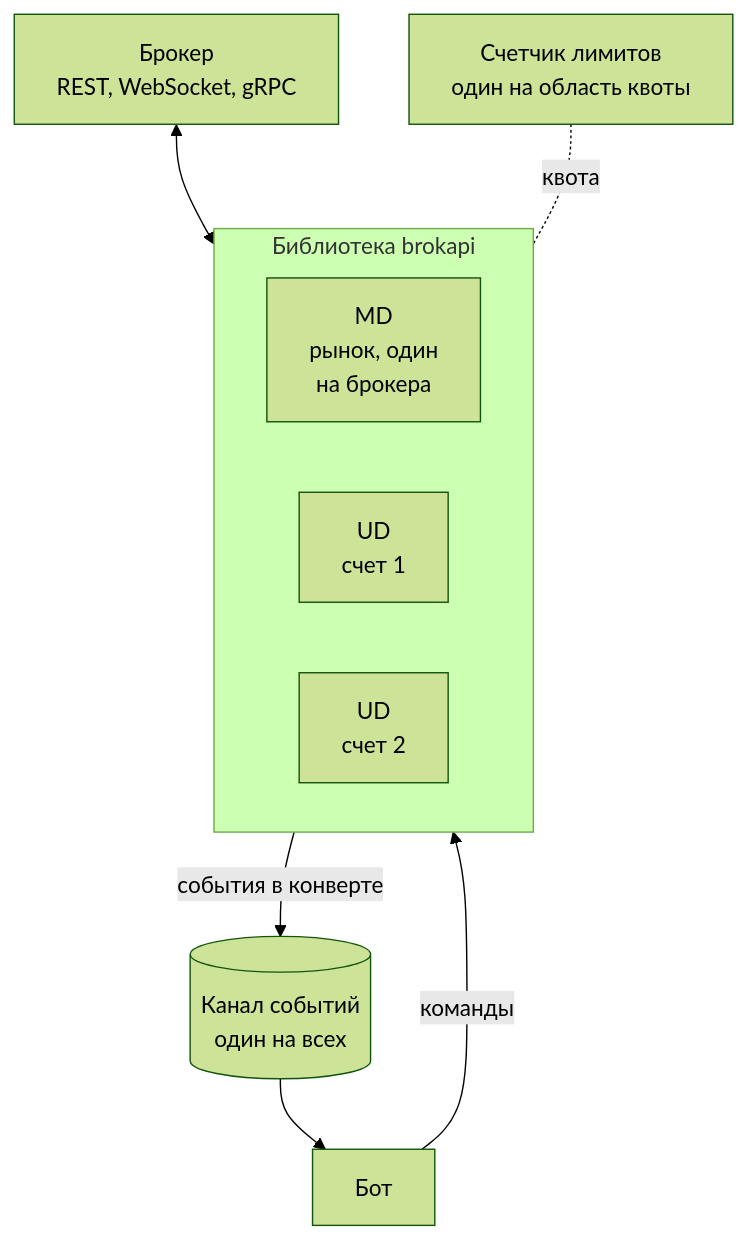
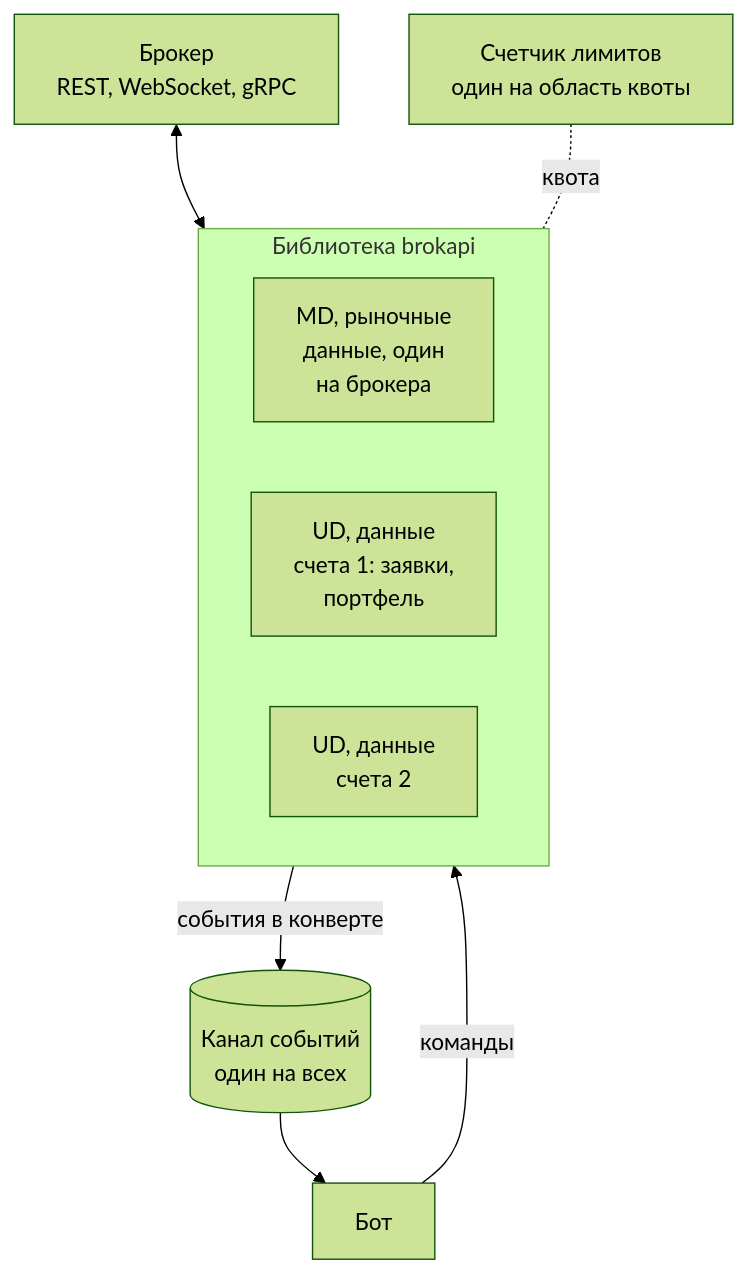
Before and after one commit to runinfra/brokapi: the first of 5 diagrams in docs/src/architecture.md, drawn with Mermaid (forest theme). The commit also changed 42 other files, not shown here.

````diff
--- a/docs/src/architecture.md
+++ b/docs/src/architecture.md
@@ -15,17 +15,17 @@
 ```mermaid
 flowchart TB
   BR[Брокер<br>REST, WebSocket, gRPC]
   subgraph lib[Библиотека brokapi]
-    MD[MD<br>рынок, один<br>на брокера]
-    UD1[UD<br>счет 1]
-    UD2[UD<br>счет 2]
+    MD[MD, рыночные<br>данные, один<br>на брокера]
+    UD1[UD, данные<br>счета 1: заявки,<br>портфель]
+    UD2[UD, данные<br>счета 2]
   end
   L[Счетчик лимитов<br>один на область квоты]
   Q[(Канал событий<br>один на всех)]
   Bot[Бот]
   BR <--> lib
   L -. квота .- lib
   lib -- события в конверте --> Q
   Q --> Bot
   Bot -- команды --> lib
 ```
````
